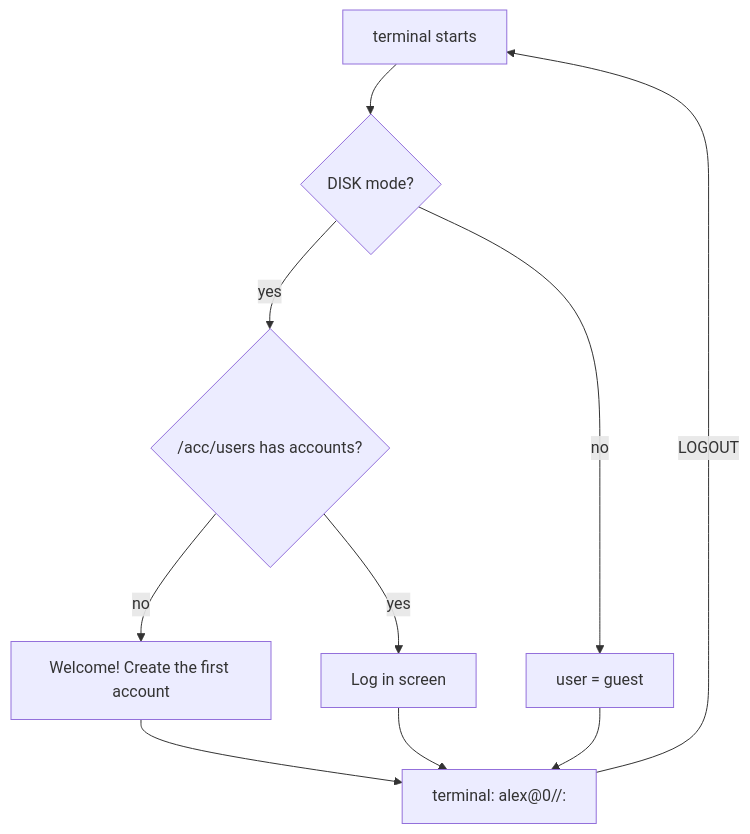
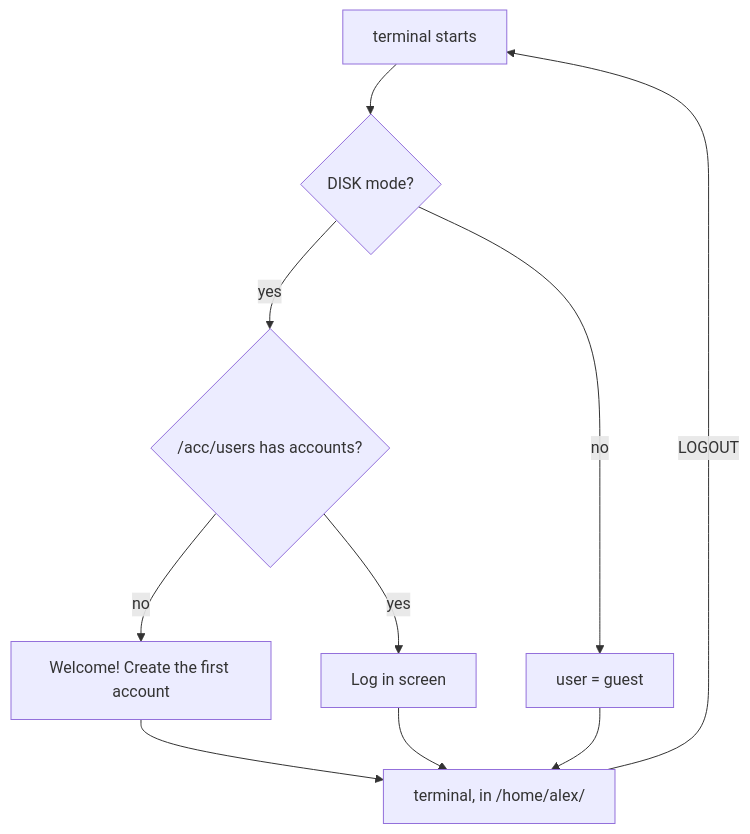
Before and after one commit to alexanderwalford-official/Renovate-OS: the second of 6 diagrams in docs/SECURITY.md, drawn with Mermaid. The commit also changed other lines of this file and 11 other files, not shown here.

````diff
--- a/docs/SECURITY.md
+++ b/docs/SECURITY.md
@@ -146,12 +146,12 @@
 ```mermaid
 flowchart TD
     A[terminal starts] --> B{DISK mode?}
     B -- no --> G[user = guest]
     B -- yes --> C{/acc/users has accounts?}
     C -- no --> F["Welcome! Create the first account"]
     C -- yes --> L[Log in screen]
-    F --> T[terminal: alex@0//: ]
+    F --> T["terminal, in /home/alex/"]
     L --> T
     G --> T
     T -- LOGOUT --> A
 ```
````
